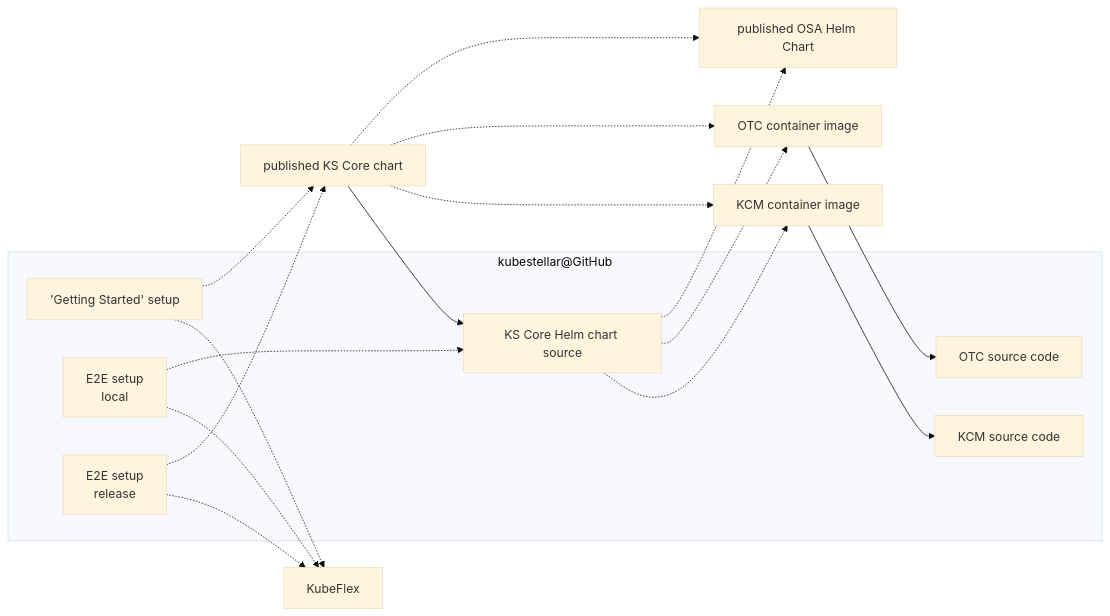
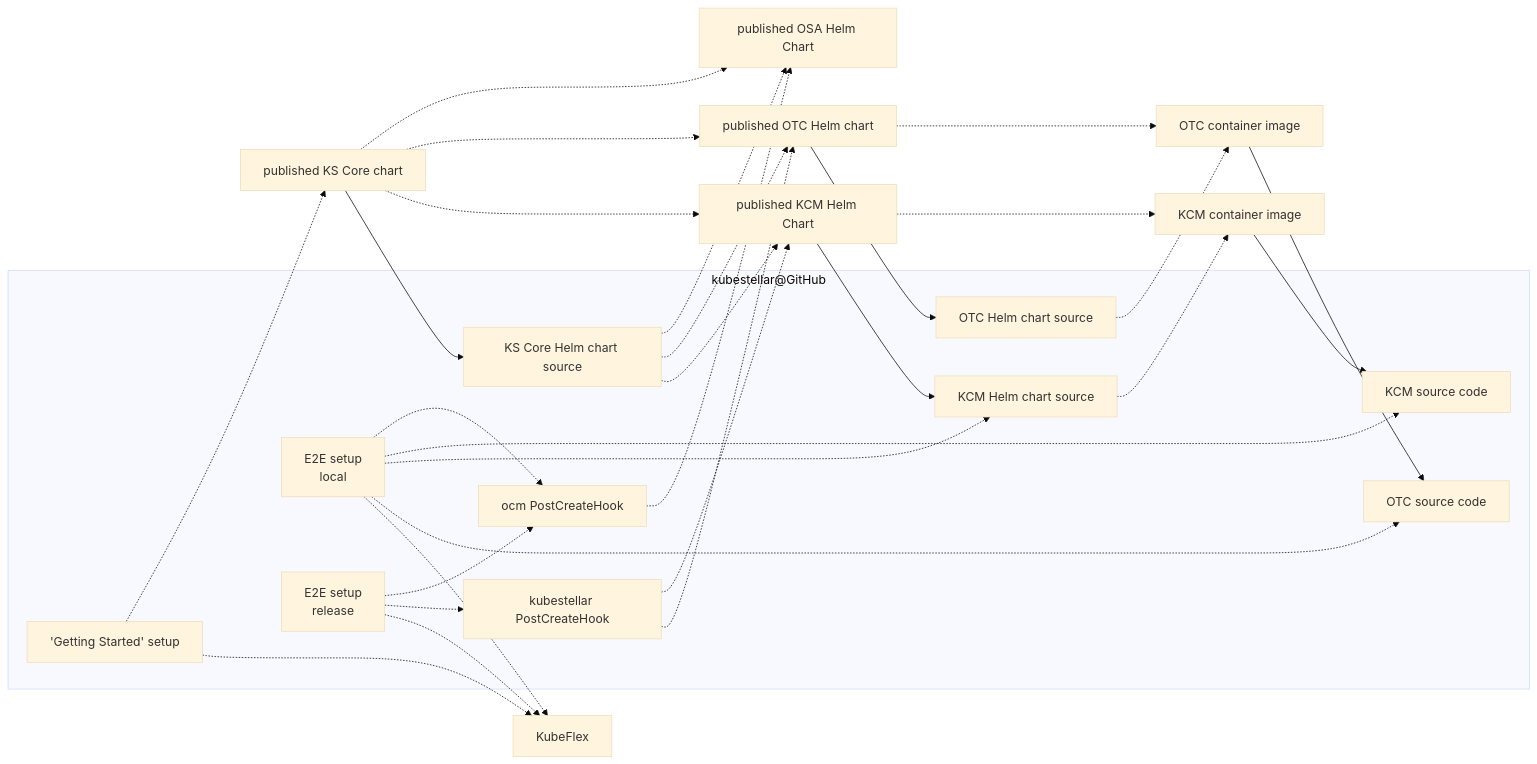
The third of 5 diagrams in docs/content/direct/packaging.md (kubestellar/docs), drawn with Mermaid (base theme) before and after one commit. The commit also changed other lines of this file and 110 other files, not shown here.

````diff
--- a/docs/content/direct/packaging.md
+++ b/docs/content/direct/packaging.md
@@ -83,28 +83,45 @@
 ```mermaid
 flowchart LR
     osa_hc_repo[published OSA Helm Chart]
     subgraph ks_repo["kubestellar@GitHub"]
     kcm_code[KCM source code]
     otc_code[OTC source code]
+    kcm_hc_src[KCM Helm chart source]
+    otc_hc_src[OTC Helm chart source]
     ksc_hc_src[KS Core Helm chart source]
+    ks_pch[kubestellar PostCreateHook]
+    ocm_pch["ocm PostCreateHook"]
     setup_ksc["'Getting Started' setup"]
     e2e_local["E2E setup<br>local"]
     e2e_release["E2E setup<br>release"]
     end
+    ocm_pch -.-> osa_hc_repo
     kcm_ctr_image[KCM container image] --> kcm_code
+    kcm_hc_repo[published KCM Helm Chart] --> kcm_hc_src
+    kcm_hc_src -.-> kcm_ctr_image
+    kcm_hc_repo -.-> kcm_ctr_image
+    ks_pch -.-> kcm_hc_repo
+    ks_pch -.-> otc_hc_repo[published OTC Helm chart]
     otc_ctr_image[OTC container image]
     otc_ctr_image --> otc_code
+    otc_hc_src -.-> otc_ctr_image
+    otc_hc_repo --> otc_hc_src
+    otc_hc_repo -.-> otc_ctr_image
     ksc_hc_repo[published KS Core chart] --> ksc_hc_src
     ksc_hc_src -.-> osa_hc_repo
-    ksc_hc_src -.-> otc_ctr_image
-    ksc_hc_src -.-> kcm_ctr_image
+    ksc_hc_src -.-> otc_hc_repo
+    ksc_hc_src -.-> kcm_hc_repo
     ksc_hc_repo -.-> osa_hc_repo
-    ksc_hc_repo -.-> otc_ctr_image
-    ksc_hc_repo -.-> kcm_ctr_image
+    ksc_hc_repo -.-> otc_hc_repo
+    ksc_hc_repo -.-> kcm_hc_repo
     setup_ksc -.-> ksc_hc_repo
     setup_ksc -.-> KubeFlex
-    e2e_local -.-> ksc_hc_src
+    e2e_local -.-> ocm_pch
+    e2e_local -.-> kcm_code
+    e2e_local -.-> kcm_hc_src
+    e2e_local -.-> otc_code
     e2e_local -.-> KubeFlex
-    e2e_release -.-> ksc_hc_repo
+    e2e_release -.-> ocm_pch
+    e2e_release -.-> ks_pch
     e2e_release -.-> KubeFlex
 ```
````
